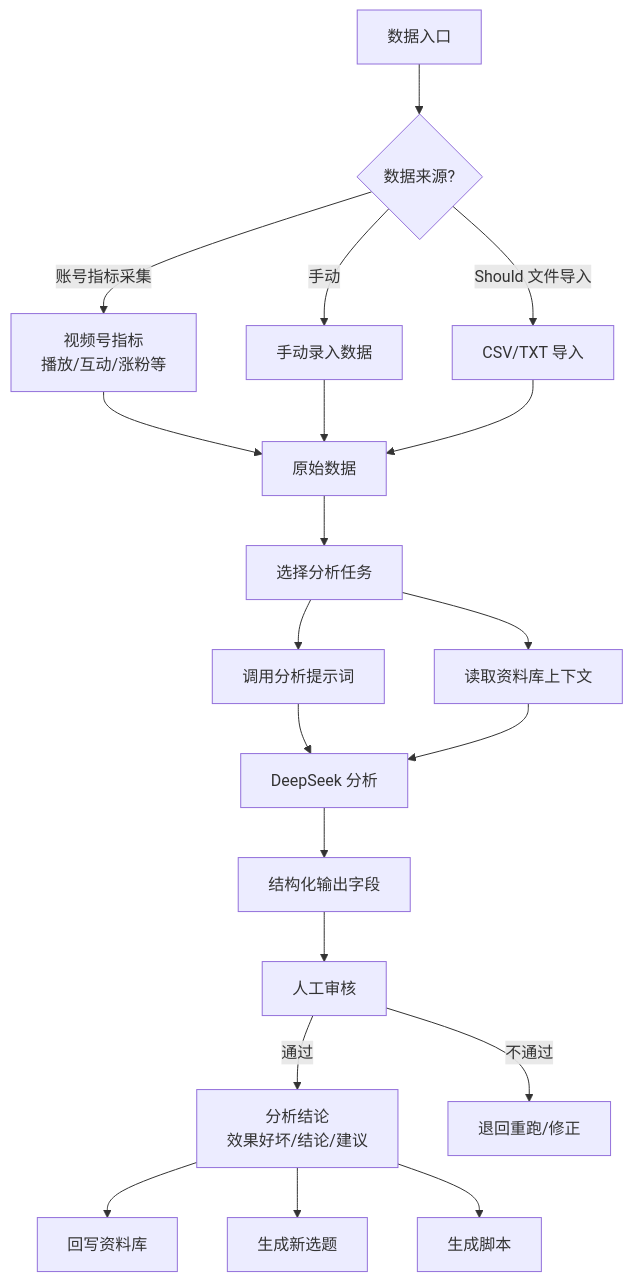
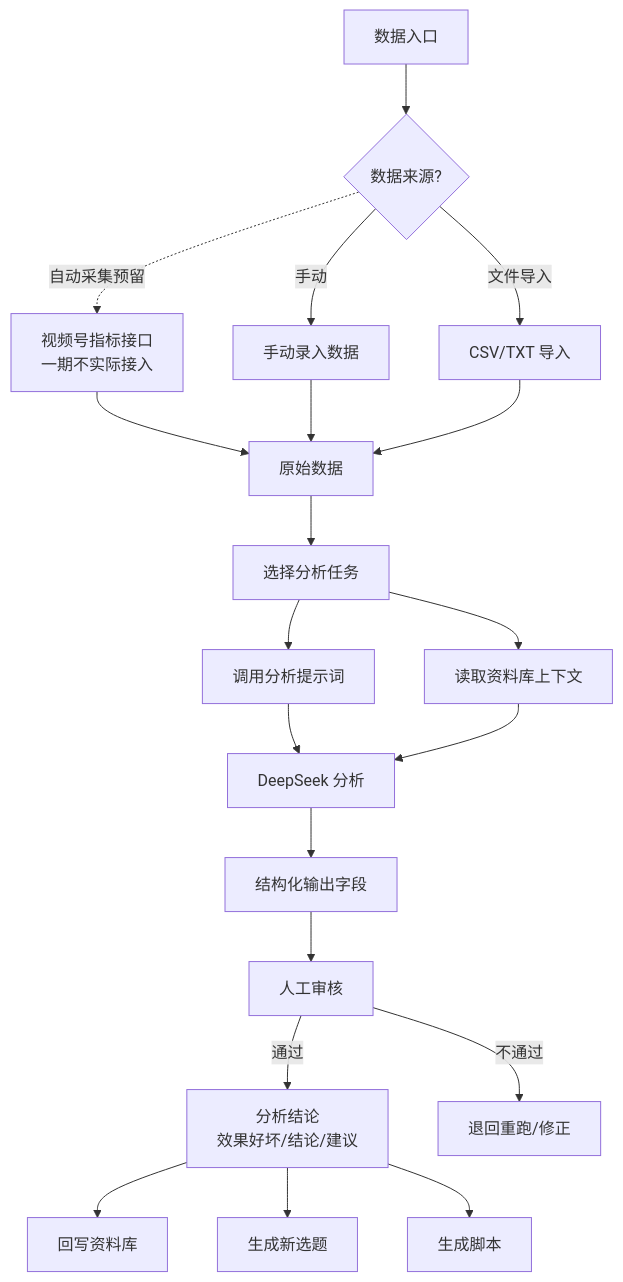
Before and after one commit to lophyJessica/forge-scrm: the fifth of 5 diagrams in context/02-核心业务流程.md, drawn with Mermaid. The commit also changed other lines of this file and 17 other files, not shown here.

````diff
--- a/context/02-核心业务流程.md
+++ b/context/02-核心业务流程.md
@@ -104,22 +105,22 @@
 ```mermaid
 flowchart TD
     A[数据入口] --> B{数据来源?}
-    B -->|账号指标采集| C[视频号指标<br/>播放/互动/涨粉等]
+    B -.->|自动采集预留| C[视频号指标接口<br/>一期不实际接入]
     B -->|手动| D[手动录入数据]
-    B -->|Should 文件导入| E[CSV/TXT 导入]
+    B -->|文件导入| E[CSV/TXT 导入]
     C --> F[原始数据]
     D --> F
     E --> F
     F --> G[选择分析任务]
     G --> H[调用分析提示词]
     G --> I[读取资料库上下文]
     H --> J[DeepSeek 分析]
     I --> J
     J --> K[结构化输出字段]
     K --> L[人工审核]
     L -->|通过| M[分析结论<br/>效果好坏/结论/建议]
     L -->|不通过| N[退回重跑/修正]
     M --> O[回写资料库]
     M --> P[生成新选题]
     M --> Q[生成脚本]
 ```
````
